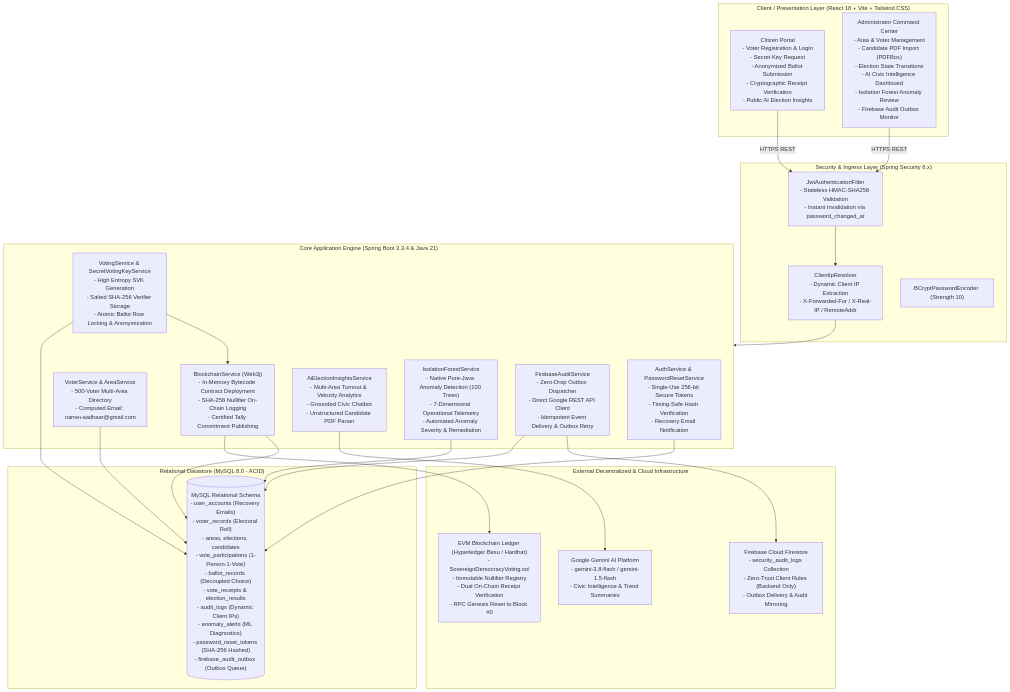
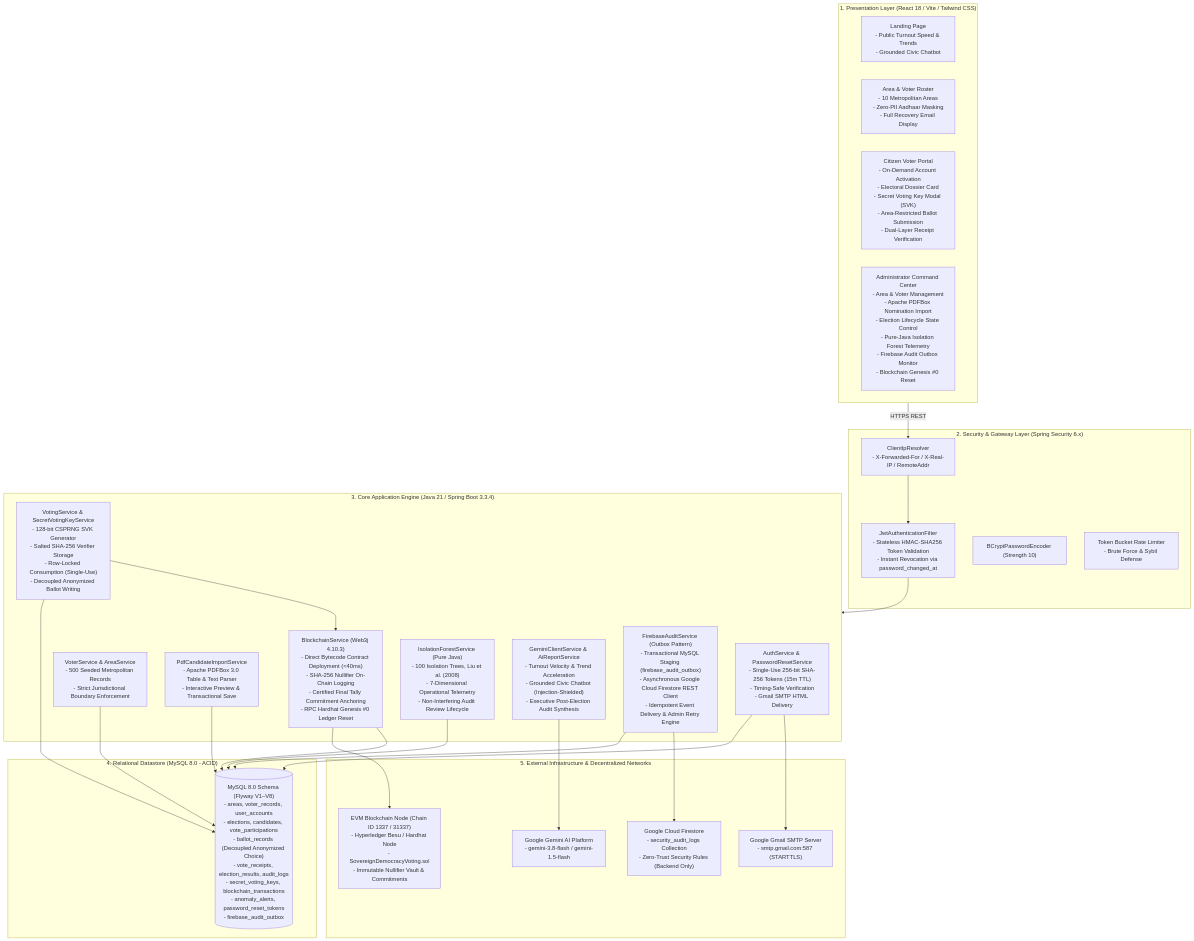
One commit to akhil-ver/E-Voting-Platform changed the second of 4 diagrams in README.md. Above: the diagram before and after it, drawn with Mermaid. The commit also changed other lines of this file and 2 other files, not shown here.

Commit message:
docs: comprehensive update to system architecture, features, and setup guide in README

````diff
--- a/README.md
+++ b/README.md
@@ -123,49 +194,57 @@
 ```mermaid
 flowchart TD
-    subgraph ClientLayer ["Client / Presentation Layer (React 18 + Vite + Tailwind CSS)"]
-        UI_Citizen["Citizen Portal\n- Voter Registration & Login\n- Secret Key Request\n- Anonymized Ballot Submission\n- Cryptographic Receipt Verification\n- Public AI Election Insights"]
-        UI_Admin["Administrator Command Center\n- Area & Voter Management\n- Candidate PDF Import (PDFBox)\n- Election State Transitions\n- AI Civic Intelligence Dashboard\n- Isolation Forest Anomaly Review\n- Firebase Audit Outbox Monitor"]
+    subgraph ClientTier ["1. Presentation Layer (React 18 / Vite / Tailwind CSS)"]
+        UI_Home["Landing Page\n- Public Turnout Speed & Trends\n- Grounded Civic Chatbot"]
+        UI_Roster["Area & Voter Roster\n- 10 Metropolitan Areas\n- Zero-PII Aadhaar Masking\n- Full Recovery Email Display"]
+        UI_Citizen["Citizen Voter Portal\n- On-Demand Account Activation\n- Electoral Dossier Card\n- Secret Voting Key Modal (SVK)\n- Area-Restricted Ballot Submission\n- Dual-Layer Receipt Verification"]
+        UI_Admin["Administrator Command Center\n- Area & Voter Management\n- Apache PDFBox Nomination Import\n- Election Lifecycle State Control\n- Pure-Java Isolation Forest Telemetry\n- Firebase Audit Outbox Monitor\n- Blockchain Genesis #0 Reset"]
     end
 
-    subgraph SecurityGateway ["Security & Ingress Layer (Spring Security 6.x)"]
-        Filter_JWT["JwtAuthenticationFilter\n- Stateless HMAC-SHA256 Validation\n- Instant Invalidation via password_changed_at"]
-        Filter_IP["ClientIpResolver\n- Dynamic Client IP Extraction\n- X-Forwarded-For / X-Real-IP / RemoteAddr"]
+    subgraph SecurityGateway ["2. Security & Gateway Layer (Spring Security 6.x)"]
+        Filter_IP["ClientIpResolver\n- X-Forwarded-For / X-Real-IP / RemoteAddr"]
+        Filter_JWT["JwtAuthenticationFilter\n- Stateless HMAC-SHA256 Token Validation\n- Instant Revocation via password_changed_at"]
         Encoder_BCrypt["BCryptPasswordEncoder (Strength 10)"]
+        Rate_Limit["Token Bucket Rate Limiter\n- Brute Force & Sybil Defense"]
     end
 
-    subgraph ServiceLayer ["Core Application Engine (Spring Boot 3.3.4 & Java 21)"]
-        Svc_Auth["AuthService & PasswordResetService\n- Single-Use 256-bit Secure Tokens\n- Timing-Safe Hash Verification\n- Recovery Email Notification"]
-        Svc_Voter["VoterService & AreaService\n- 500-Voter Multi-Area Directory\n- Computed Email: name+aadhaar@gmail.com"]
-        Svc_Voting["VotingService & SecretVotingKeyService\n- High Entropy SVK Generation\n- Salted SHA-256 Verifier Storage\n- Atomic Ballot Row Locking & Anonymization"]
-        Svc_Chain["BlockchainService (Web3j)\n- In-Memory Bytecode Contract Deployment\n- SHA-256 Nullifier On-Chain Logging\n- Certified Tally Commitment Publishing"]
-        Svc_AI["AiElectionInsightsService\n- Multi-Area Turnout & Velocity Analytics\n- Grounded Civic Chatbot\n- Unstructured Candidate PDF Parser"]
-        Svc_Anomaly["IsolationForestService\n- Native Pure-Java Anomaly Detection (100 Trees)\n- 7-Dimensional Operational Telemetry\n- Automated Anomaly Severity & Remediation"]
-        Svc_FB["FirebaseAuditService\n- Zero-Drop Outbox Dispatcher\n- Direct Google REST API Client\n- Idempotent Event Delivery & Outbox Retry"]
+    subgraph ServiceCore ["3. Core Application Engine (Java 21 / Spring Boot 3.3.4)"]
+        Svc_Auth["AuthService & PasswordResetService\n- Single-Use 256-bit SHA-256 Tokens (15m TTL)\n- Timing-Safe Verification\n- Gmail SMTP HTML Delivery"]
+        Svc_Voter["VoterService & AreaService\n- 500 Seeded Metropolitan Records\n- Strict Jurisdictional Boundary Enforcement"]
+        Svc_Voting["VotingService & SecretVotingKeyService\n- 128-bit CSPRNG SVK Generator\n- Salted SHA-256 Verifier Storage\n- Row-Locked Consumption (Single-Use)\n- Decoupled Anonymized Ballot Writing"]
+        Svc_PDF["PdfCandidateImportService\n- Apache PDFBox 3.0 Table & Text Parser\n- Interactive Preview & Transactional Save"]
+        Svc_Chain["BlockchainService (Web3j 4.10.3)\n- Direct Bytecode Contract Deployment (<40ms)\n- SHA-256 Nullifier On-Chain Logging\n- Certified Final Tally Commitment Anchoring\n- RPC Hardhat Genesis #0 Ledger Reset"]
+        Svc_Anomaly["IsolationForestService (Pure Java)\n- 100 Isolation Trees, Liu et al. (2008)\n- 7-Dimensional Operational Telemetry\n- Non-Interfering Audit Review Lifecycle"]
+        Svc_AI["GeminiClientService & AiReportService\n- Turnout Velocity & Trend Acceleration\n- Grounded Civic Chatbot (Injection-Shielded)\n- Executive Post-Election Audit Synthesis"]
+        Svc_Outbox["FirebaseAuditService (Outbox Pattern)\n- Transactional MySQL Staging (firebase_audit_outbox)\n- Asynchronous Google Cloud Firestore REST Client\n- Idempotent Event Delivery & Admin Retry Engine"]
     end
 
-    subgraph StorageLayer ["Relational Datastore (MySQL 8.0 - ACID)"]
-        DB_Core[("MySQL Relational Schema\n- user_accounts (Recovery Emails)\n- voter_records (Electoral Roll)\n- areas, elections, candidates\n- vote_participations (1-Person-1-Vote)\n- ballot_records (Decoupled Choice)\n- vote_receipts & election_results\n- audit_logs (Dynamic Client IPs)\n- anomaly_alerts (ML Diagnostics)\n- password_reset_tokens (SHA-256 Hashed)\n- firebase_audit_outbox (Outbox Queue)")]
+    subgraph PersistenceTier ["4. Relational Datastore (MySQL 8.0 - ACID)"]
+        DB_Schema[("MySQL 8.0 Schema (Flyway V1–V8)\n- areas, voter_records, user_accounts\n- elections, candidates, vote_participations\n- ballot_records (Decoupled Anonymized Choice)\n- vote_receipts, election_results, audit_logs\n- secret_voting_keys, blockchain_transactions\n- anomaly_alerts, password_reset_tokens\n- firebase_audit_outbox")]
     end
 
-    subgraph ExternalServices ["External Decentralized & Cloud Infrastructure"]
-        Node_Chain["EVM Blockchain Ledger (Hyperledger Besu / Hardhat)\n- SovereignDemocracyVoting.sol\n- Immutable Nullifier Registry\n- Dual On-Chain Receipt Verification\n- RPC Genesis Reset to Block #0"]
-        Cloud_Gemini["Google Gemini AI Platform\n- gemini-3.8-flash / gemini-1.5-flash\n- Civic Intelligence & Trend Summaries"]
-        Cloud_Firestore["Firebase Cloud Firestore\n- security_audit_logs Collection\n- Zero-Trust Client Rules (Backend Only)\n- Outbox Delivery & Audit Mirroring"]
+    subgraph ExternalEcosystem ["5. External Infrastructure & Decentralized Networks"]
+        EVM_Node["EVM Blockchain Node (Chain ID 1337 / 31337)\n- Hyperledger Besu / Hardhat Node\n- SovereignDemocracyVoting.sol\n- Immutable Nullifier Vault & Commitments"]
+        Cloud_Firestore["Google Cloud Firestore\n- security_audit_logs Collection\n- Zero-Trust Security Rules (Backend Only)"]
+        Cloud_Gemini["Google Gemini AI Platform\n- gemini-3.8-flash / gemini-1.5-flash"]
+        SMTP_Server["Google Gmail SMTP Server\n- smtp.gmail.com:587 (STARTTLS)"]
     end
 
-    UI_Citizen -->|HTTPS REST| Filter_JWT
-    UI_Admin -->|HTTPS REST| Filter_JWT
-    Filter_JWT --> Filter_IP
-    Filter_IP --> ServiceLayer
+    ClientTier -->|HTTPS REST| Filter_IP
+    Filter_IP --> Filter_JWT
+    Filter_JWT --> ServiceCore
 
-    Svc_Auth --> DB_Core
-    Svc_Voter --> DB_Core
-    Svc_Voting --> DB_Core
+    Svc_Auth --> DB_Schema
+    Svc_Voter --> DB_Schema
+    Svc_Voting --> DB_Schema
+    Svc_PDF --> DB_Schema
+    Svc_Anomaly --> DB_Schema
+
     Svc_Voting --> Svc_Chain
-    Svc_Chain --> Node_Chain
-    Svc_Chain --> DB_Core
+    Svc_Chain --> EVM_Node
+    Svc_Chain --> DB_Schema
+
     Svc_AI --> Cloud_Gemini
-    Svc_Anomaly --> DB_Core
-    Svc_FB --> DB_Core
-    Svc_FB --> Cloud_Firestore
+    Svc_Auth --> SMTP_Server
+    Svc_Outbox --> DB_Schema
+    Svc_Outbox --> Cloud_Firestore
 ```
````
